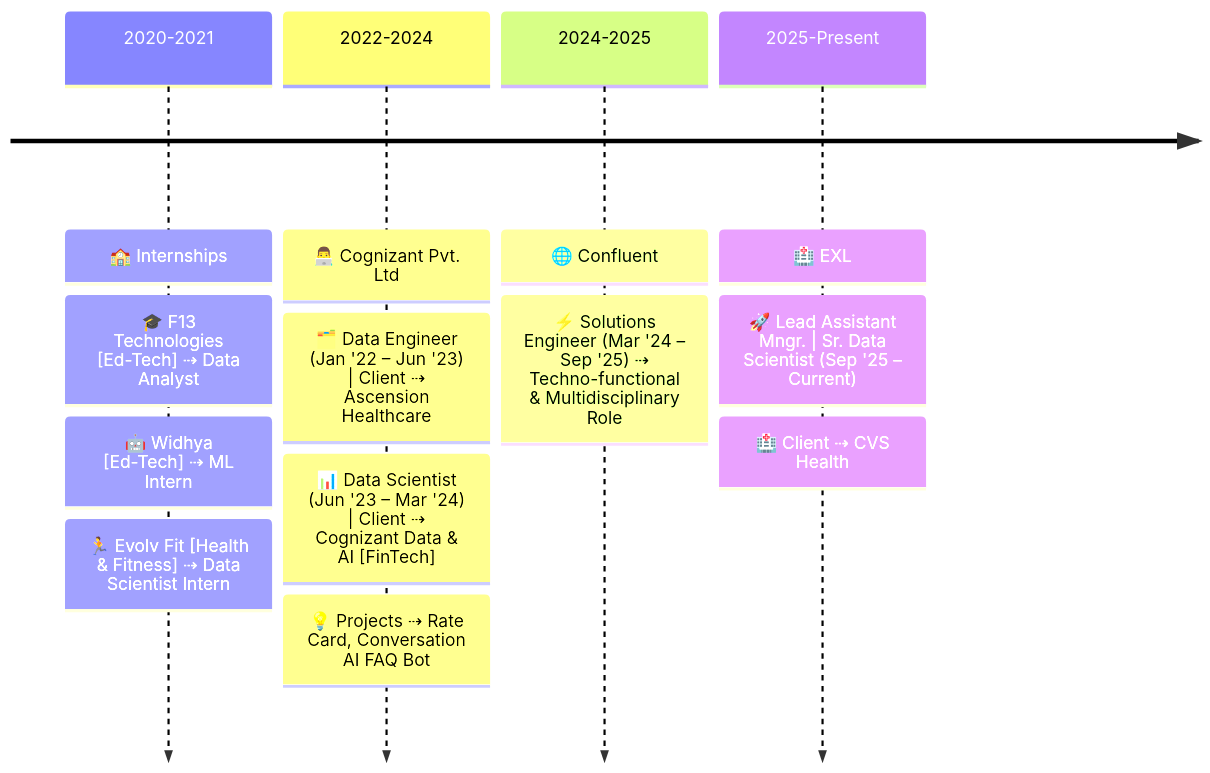
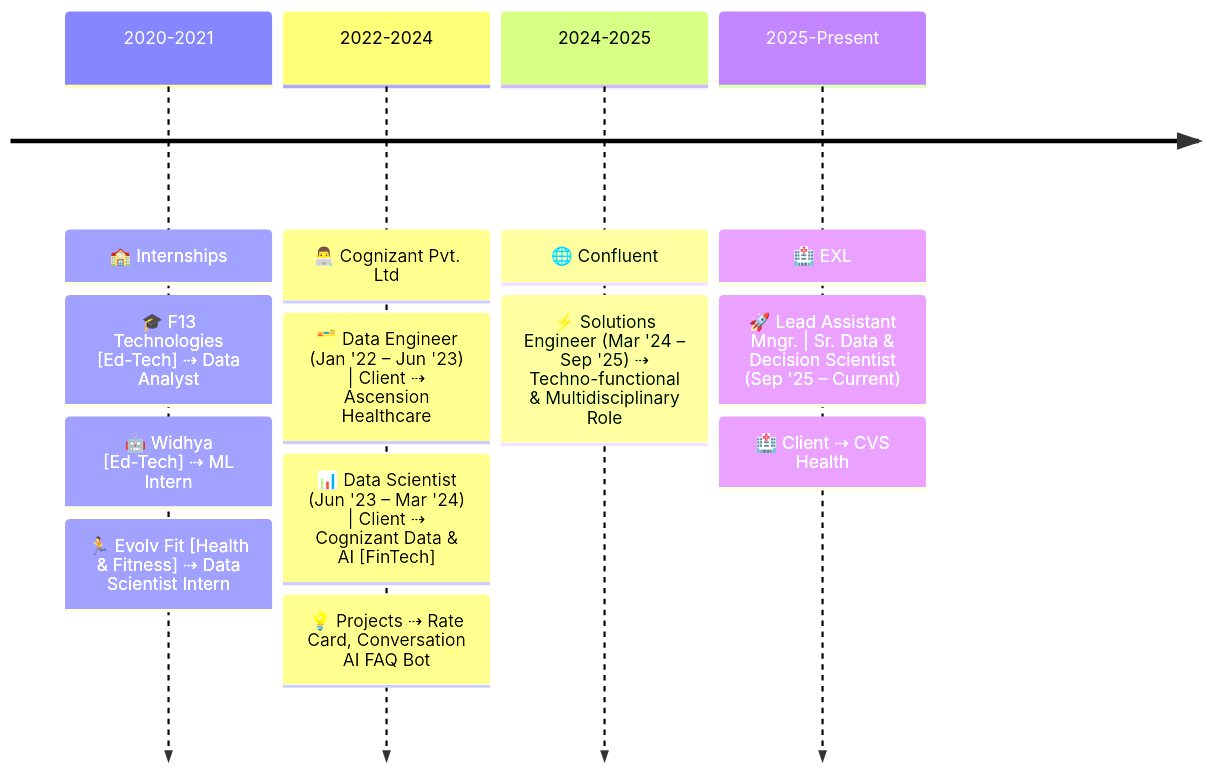
Before and after one commit to KunalAnand2907/KunalAnand2907: the diagram in README.md, drawn with Mermaid. The commit also changed other lines of this file, not shown here.

````diff
--- a/README.md
+++ b/README.md
@@ -223,20 +259,20 @@
 ```mermaid
 timeline
 
     2020-2021 : 🏫 Internships
         : 🎓 F13 Technologies [Ed-Tech] ⇢ Data Analyst
         : 🤖 Widhya [Ed-Tech] ⇢ ML Intern
         : 🏃 Evolv Fit [Health & Fitness] ⇢ Data Scientist Intern
 
     2022-2024 : 👨‍💻 Cognizant Pvt. Ltd
         : 🗂️ Data Engineer (Jan '22 – Jun '23) | Client ⇢ Ascension Healthcare
         : 📊 Data Scientist (Jun '23 – Mar '24) | Client ⇢ Cognizant Data & AI [FinTech]
         : 💡 Projects ⇢ Rate Card, Conversation AI FAQ Bot
 
     2024-2025 : 🌐 Confluent
         : ⚡ Solutions Engineer (Mar '24 – Sep '25) ⇢ Techno-functional & Multidisciplinary Role
 
     2025-Present : 🏥 EXL
-        : 🚀 Lead Assistant Mngr. | Sr. Data Scientist (Sep '25 – Current)
+        : 🚀 Lead Assistant Mngr. | Sr. Data & Decision Scientist (Sep '25 – Current)
         : 🏥 Client ⇢ CVS Health
  ```
````
